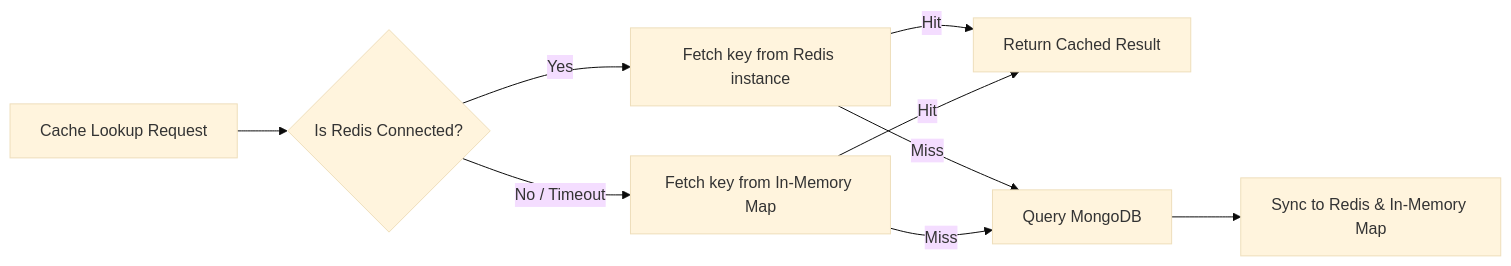
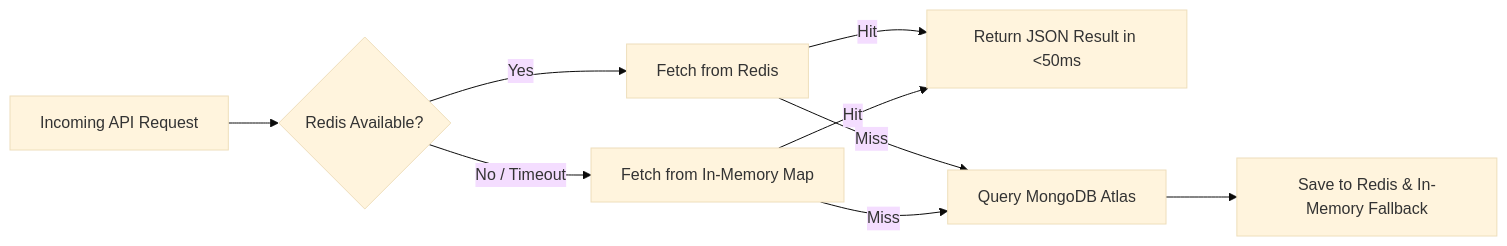
The diagram in docs/04-api-and-caching-system.md (Usmankhalid20/trending-Prompt-), drawn with Mermaid (base theme) before and after one commit. The commit also changed other lines of this file and 5 other files, not shown here.

Commit message:
docs: update technical documentation covering dual-token auth, landing revamp, and architecture

````diff
--- a/docs/04-api-and-caching-system.md
+++ b/docs/04-api-and-caching-system.md
@@ -85,11 +108,11 @@
 ```mermaid
 flowchart LR
-    Request[Cache Lookup Request] --> CheckRedis{Is Redis Connected?}
-    CheckRedis -- Yes --> FetchRedis[Fetch key from Redis instance]
-    CheckRedis -- No / Timeout --> FetchMemory[Fetch key from In-Memory Map]
-    FetchRedis -- Hit --> ReturnData[Return Cached Result]
-    FetchRedis -- Miss --> DB[Query MongoDB]
-    FetchMemory -- Hit --> ReturnData
-    FetchMemory -- Miss --> DB
-    DB --> SaveCache[Sync to Redis & In-Memory Map]
+    API[Incoming API Request] --> CheckRedis{Redis Available?}
+    CheckRedis -- Yes --> RedisGet[Fetch from Redis]
+    CheckRedis -- No / Timeout --> MemGet[Fetch from In-Memory Map]
+    RedisGet -- Hit --> FastReturn[Return JSON Result in <50ms]
+    MemGet -- Hit --> FastReturn
+    RedisGet -- Miss --> MongoQuery[Query MongoDB Atlas]
+    MemGet -- Miss --> MongoQuery
+    MongoQuery --> UpdateCache[Save to Redis & In-Memory Fallback]
 ```
````
